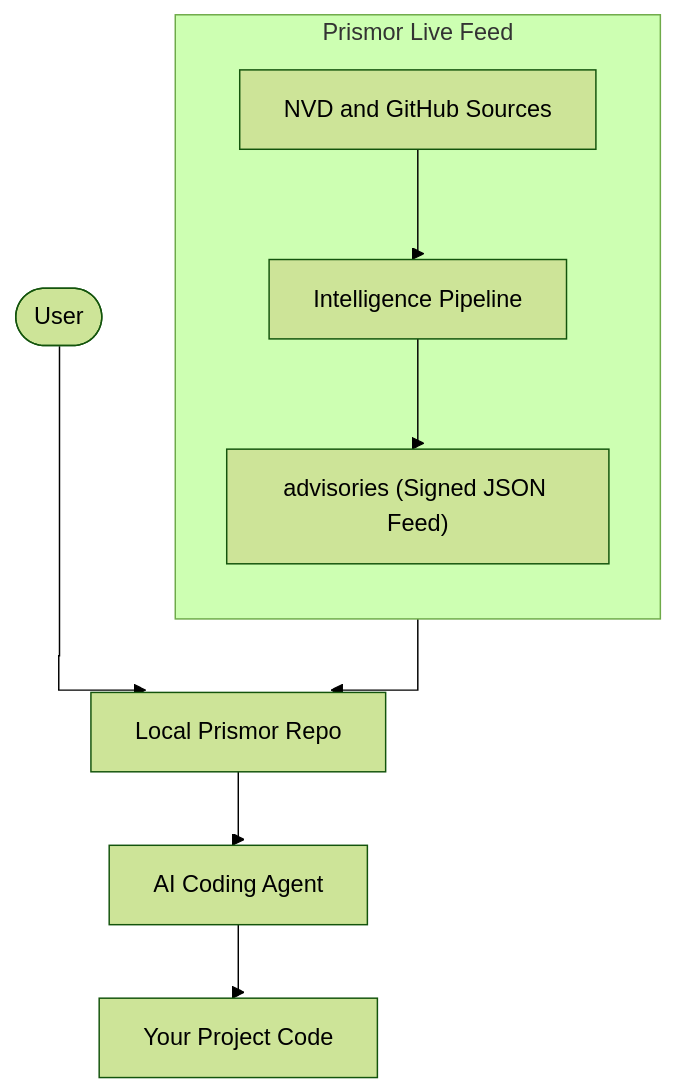
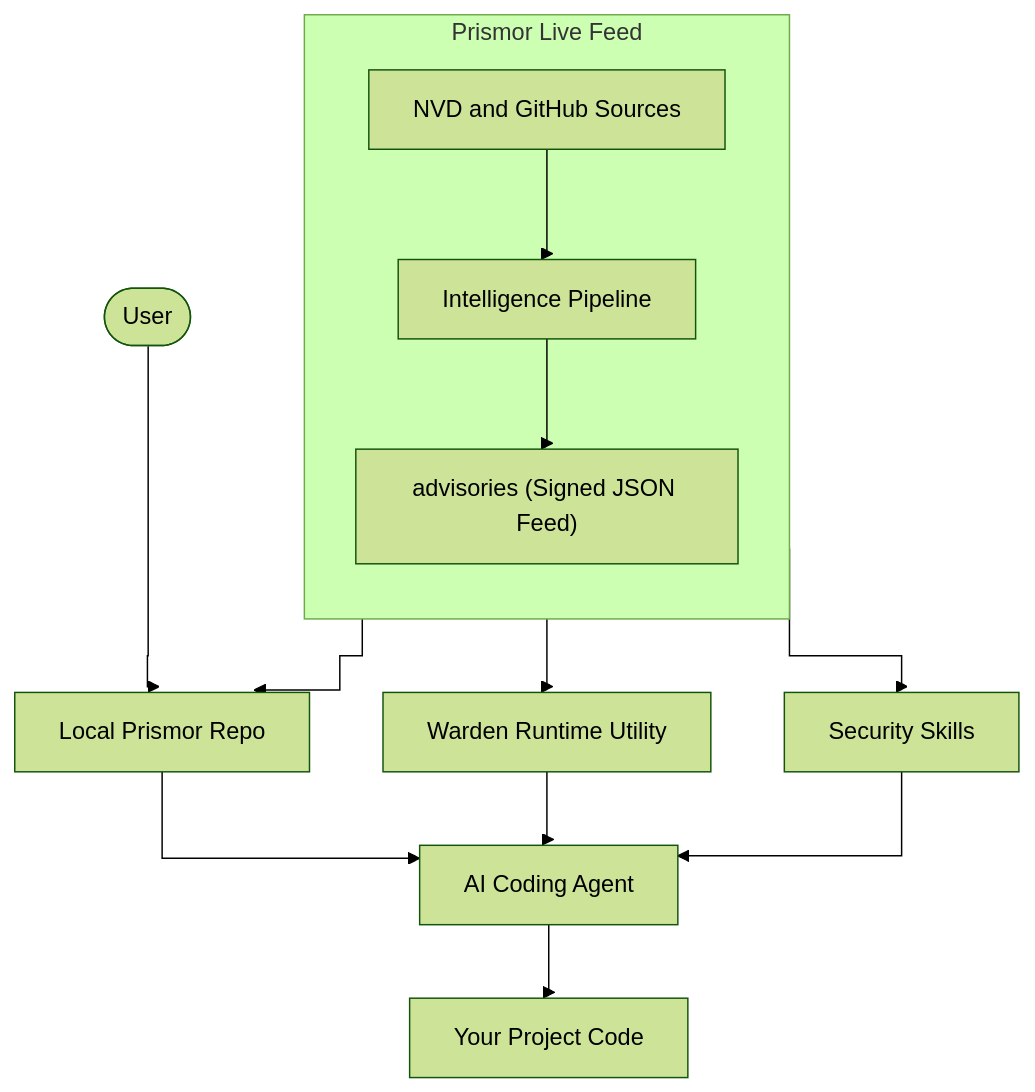
Before and after one commit to Priyansh10ff/immunity-agent: the diagram in README.md, drawn with Mermaid (forest theme). The commit also changed other lines of this file and 12 other files, not shown here.

Commit message:
feat: Introduce Prismor Warden for AI agent security monitoring and enforcement, including policies, session storage, CLI, and agent integration hooks.

````diff
--- a/README.md
+++ b/README.md
@@ -29,14 +45,18 @@
 ```mermaid
 %%{init: {"flowchart": {"curve": "stepBefore"}}}%%
 flowchart TD
     subgraph PR["Prismor Live Feed"]
         direction TB
         S["NVD and GitHub Sources"] --> P["Intelligence Pipeline"]
         P --> F["advisories (Signed JSON Feed)"]
     end
 
+    F --> SK["Security Skills"]
+    F --> W["Warden Runtime Utility"]
     U([User]) --> R["Local Prismor Repo"]
     F --> R
     R --> A["AI Coding Agent"]
+    W --> A
+    SK --> A
     A --> C["Your Project Code"]
 ```
````
